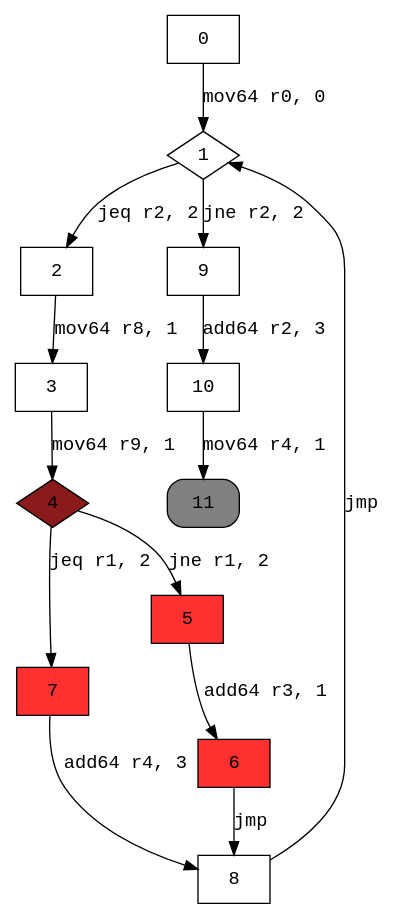
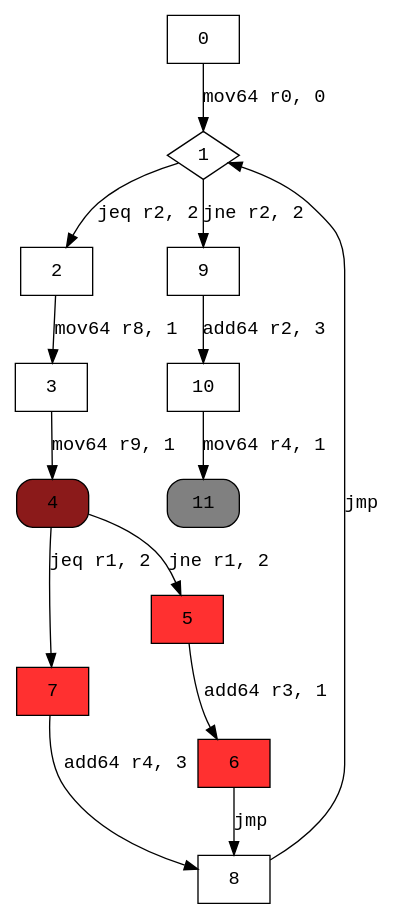
The diagram in graphs/nestedIfLoop.dot (XicoCorreia/InformationFlowAnalysisEbpf), drawn with Graphviz before and after one commit. The commit also changed 16 other files, not shown here.

Commit message:
Fix dot file graph

```diff
--- a/graphs/nestedIfLoop.dot
+++ b/graphs/nestedIfLoop.dot
@@ -1,24 +1,24 @@
 digraph cfg { 
 node [fontname="monospace"];
 node [shape=box];
 edge [fontname="monospace"];
   0 -> 1 [label="mov64 r0, 0"];
   1 -> 2 [label="jeq r2, 2"];
   1 -> 9 [label="jne r2, 2"];
   2 -> 3 [label="mov64 r8, 1"];
   3 -> 4 [label="mov64 r9, 1"];
   4 -> 7 [label="jeq r1, 2"];
   4 -> 5 [label="jne r1, 2"];
   5 -> 6 [label="add64 r3, 1"];
   6 -> 8 [label="jmp"];
   7 -> 8 [label="add64 r4, 3"];
   8 -> 1 [label="jmp"];
   9 -> 10 [label="add64 r2, 3"];
   10 -> 11 [label="mov64 r4, 1"];
 1 [shape=diamond];
-4 [shape=diamond,style=filled,fillcolor=firebrick4];
+4 [style="rounded,filled",fillcolor=firebrick4];
 5 [style=filled,fillcolor=firebrick1];
 6 [style=filled,fillcolor=firebrick1];
 7 [style=filled,fillcolor=firebrick1];
 11 [style="rounded,filled",fillcolor=grey];
 }
```
